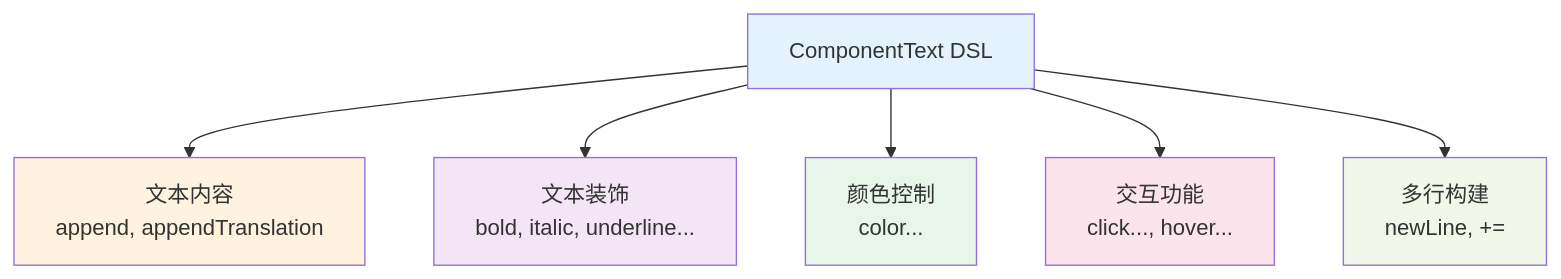
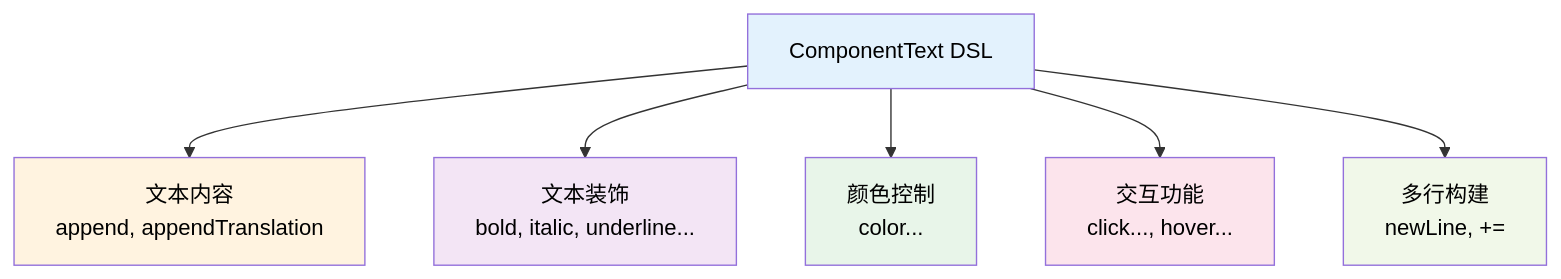
The second of 2 diagrams in docs/basic-tech/language/index.md (FxRayHughes/taboowiki), drawn with Mermaid before and after one commit. The commit also changed other lines of this file and 19 other files, not shown here.

First line of the commit message:
feat(docs): 添加 Mermaid 图表支持并优化暗色模式显示

````diff
--- a/docs/basic-tech/language/index.md
+++ b/docs/basic-tech/language/index.md
@@ -635,15 +635,15 @@
 ```mermaid
 graph TB
     A[ComponentText DSL] --> B[文本内容<br/>append, appendTranslation]
     A --> C[文本装饰<br/>bold, italic, underline...]
     A --> D[颜色控制<br/>color...]
     A --> E[交互功能<br/>click..., hover...]
     A --> F[多行构建<br/>newLine, +=]
 
-    style A fill:#e3f2fd
-    style B fill:#fff3e0
-    style C fill:#f3e5f5
-    style D fill:#e8f5e9
-    style E fill:#fce4ec
-    style F fill:#f1f8e9
+    style A fill:#e3f2fd,color:#000000
+    style B fill:#fff3e0,color:#000000
+    style C fill:#f3e5f5,color:#000000
+    style D fill:#e8f5e9,color:#000000
+    style E fill:#fce4ec,color:#000000
+    style F fill:#f1f8e9,color:#000000
 ```
````
